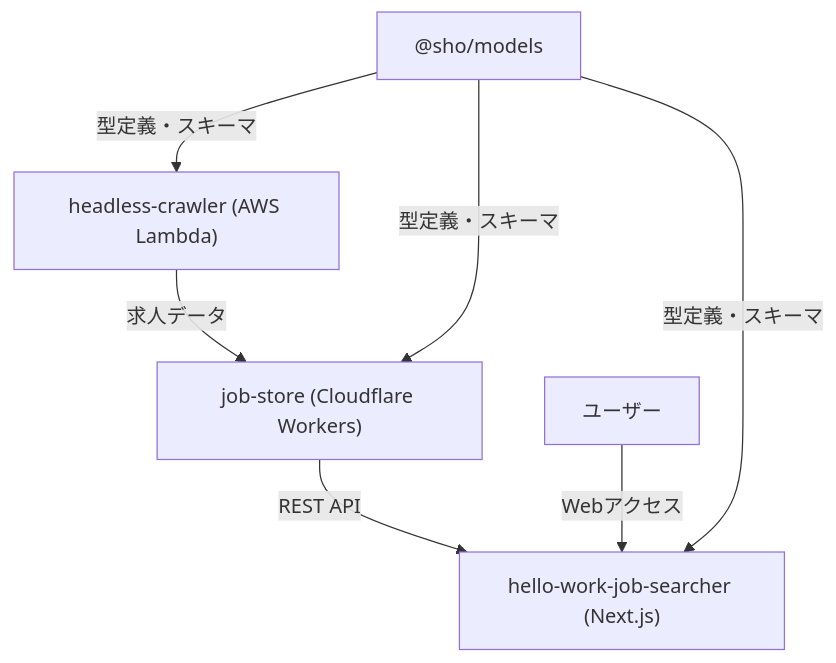
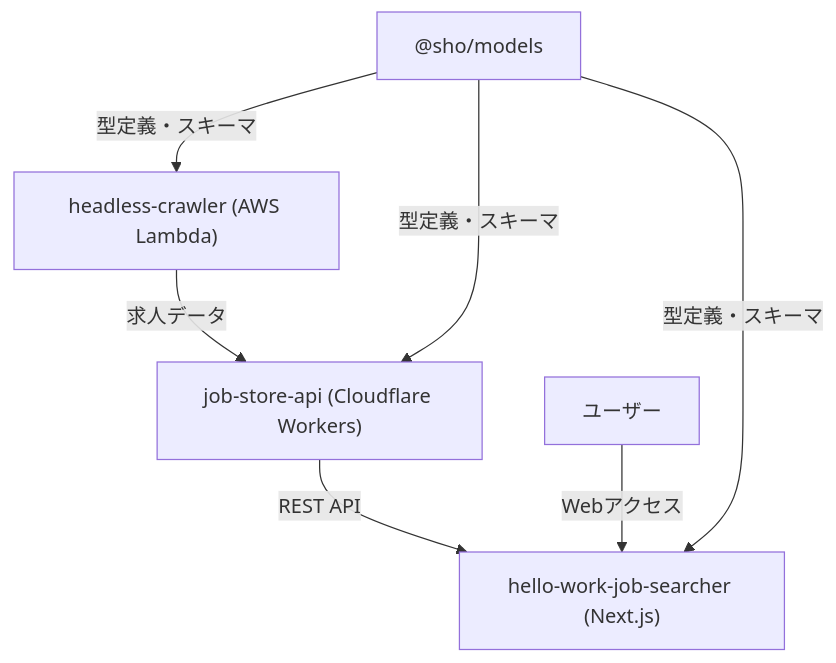
The diagram in README.md (shidari/hello-work-software-jobs), drawn with Mermaid before and after one commit. The commit also changed other lines of this file, not shown here.

````diff
--- a/README.md
+++ b/README.md
@@ -85,9 +85,9 @@
 ```mermaid
 graph TD
-  A["headless-crawler (AWS Lambda)"] -->|"求人データ"| B["job-store (Cloudflare Workers)"]
+  A["headless-crawler (AWS Lambda)"] -->|"求人データ"| B["job-store-api (Cloudflare Workers)"]
   B -->|"REST API"| C["hello-work-job-searcher (Next.js)"]
   D["ユーザー"] -->|"Webアクセス"| C
   E["@sho/models"] -->|"型定義・スキーマ"| A
   E -->|"型定義・スキーマ"| B
   E -->|"型定義・スキーマ"| C
 ```
````
